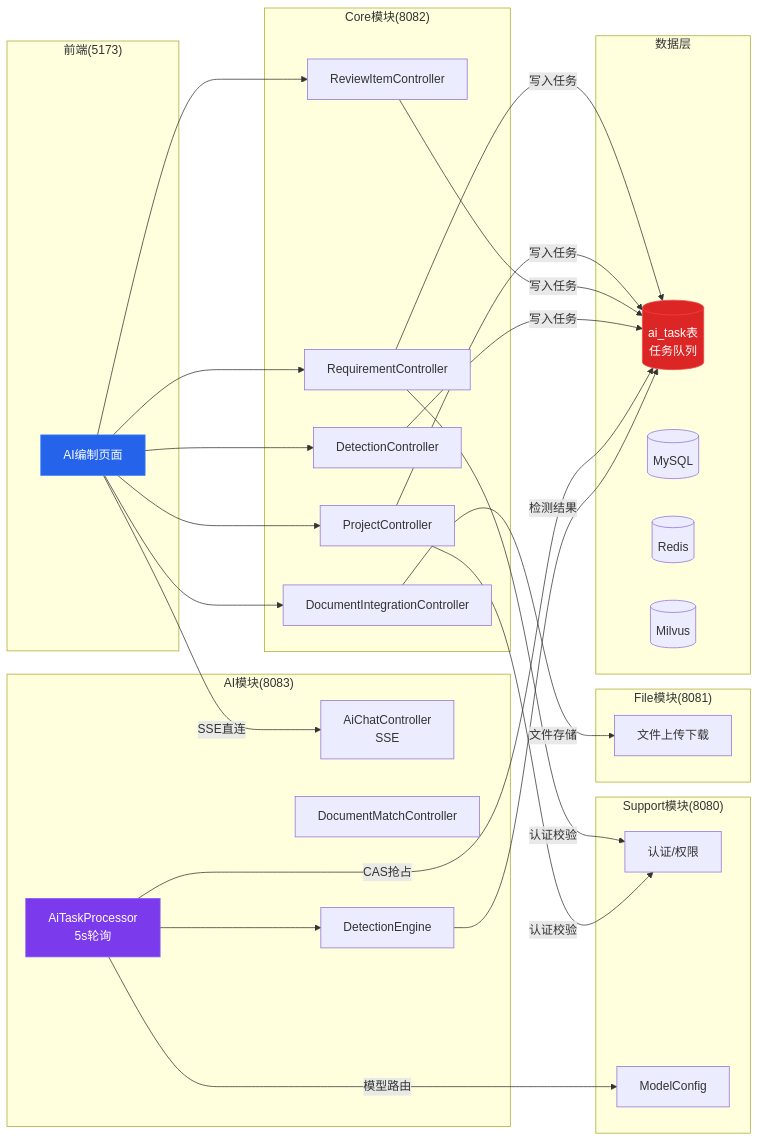
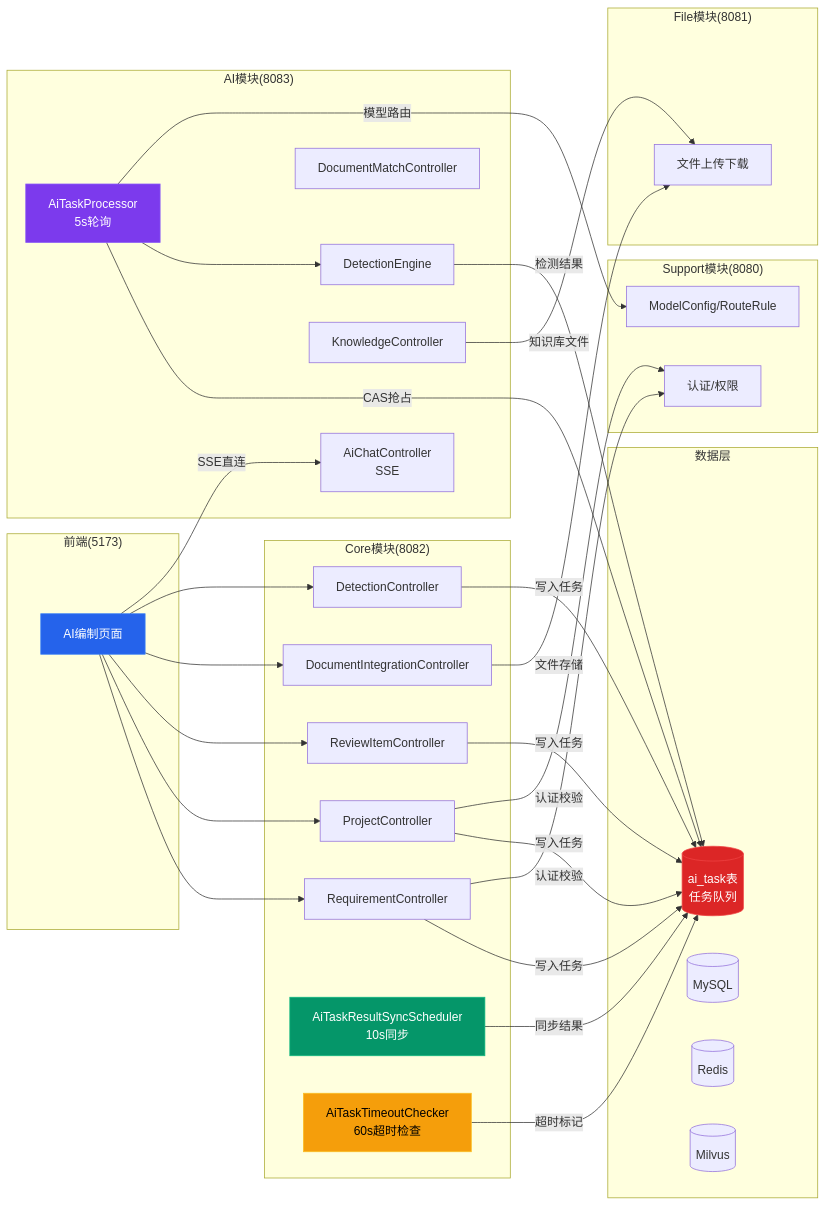
One commit to DrunkFood/First changed diagram 22 of 22 in docs/projects/业务需求编制到招标文件完成-业务流程梳理.md. Above: the diagram before and after it, drawn with Mermaid. The commit also changed other lines of this file and 3 other files, not shown here.

First line of the commit message:
docs(flow): 更新业务流程梳理文档对齐实际代码

````diff
--- a/docs/projects/业务需求编制到招标文件完成-业务流程梳理.md
+++ b/docs/projects/业务需求编制到招标文件完成-业务流程梳理.md
@@ -854,54 +954,62 @@
 ```mermaid
 flowchart LR
     subgraph 前端["前端(5173)"]
         F1[AI编制页面]
     end
 
     subgraph Core["Core模块(8082)"]
         C1[RequirementController]
         C2[ProjectController]
         C3[ReviewItemController]
         C4[DocumentIntegrationController]
         C5[DetectionController]
+        C6[AiTaskResultSyncScheduler<br/>10s同步]
+        C7[AiTaskTimeoutChecker<br/>60s超时检查]
     end
 
     subgraph AI["AI模块(8083)"]
         A1[AiTaskProcessor<br/>5s轮询]
         A2[AiChatController<br/>SSE]
         A3[DocumentMatchController]
         A4[DetectionEngine]
+        A5[KnowledgeController]
     end
 
     subgraph Support["Support模块(8080)"]
         S1[认证/权限]
-        S2[ModelConfig]
+        S2[ModelConfig/RouteRule]
     end
 
     subgraph File["File模块(8081)"]
         F2[文件上传下载]
     end
 
     subgraph DB["数据层"]
         D1[(ai_task表<br/>任务队列)]
         D2[(MySQL)]
         D3[(Redis)]
         D4[(Milvus)]
     end
 
     F1 --> C1 & C2 & C3 & C4 & C5
     F1 -->|SSE直连| A2
 
     C1 & C2 & C3 & C5 -->|写入任务| D1
     A1 -->|CAS抢占| D1
     A1 --> A4
+    C6 -->|同步结果| D1
+    C7 -->|超时标记| D1
 
     C4 -->|文件存储| F2
     A4 -->|检测结果| D1
+    A5 -->|知识库文件| F2
 
     C1 & C2 -->|认证校验| S1
     A1 -->|模型路由| S2
 
     style F1 fill:#2563eb,stroke:#3b82f6,color:#fff
     style A1 fill:#7c3aed,stroke:#8b5cf6,color:#fff
     style D1 fill:#dc2626,stroke:#ef4444,color:#fff
+    style C6 fill:#059669,stroke:#10b981,color:#fff
+    style C7 fill:#f59e0b,stroke:#fbbf24,color:#000
 ```
````
